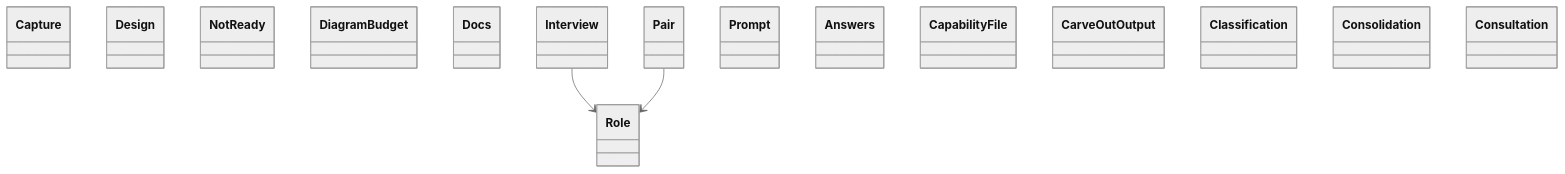
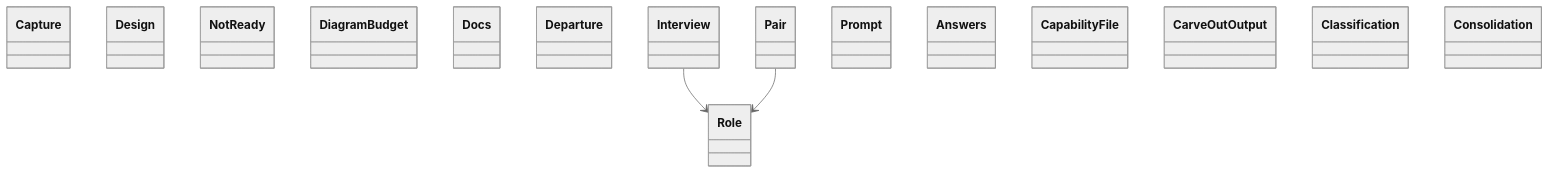
One commit to GonzaloZevallos/agentic-system changed the diagram in docs/architecture/generated/classes-process-domain-roles-1.md. Above: the diagram before and after it, drawn with Mermaid (neutral theme). The commit also changed other lines of this file and 6 other files, not shown here.

First line of the commit message:
Add the drawing departure, its key, question text and the NO_DRAWING_RULE registry with its scan

````diff
--- a/docs/architecture/generated/classes-process-domain-roles-1.md
+++ b/docs/architecture/generated/classes-process-domain-roles-1.md
@@ -28,20 +28,20 @@
 ```mermaid
 classDiagram
     class design__Capture["Capture"]
     class design__Design["Design"]
     class design__NotReady["NotReady"]
     class docs__DiagramBudget["DiagramBudget"]
     class docs__Docs["Docs"]
+    class drawing__Departure["Departure"]
     class roles__Interview["Interview"]
     class roles__Pair["Pair"]
     class roles__Prompt["Prompt"]
     class roles__Role["Role"]
     class schemas__Answers["Answers"]
     class schemas__CapabilityFile["CapabilityFile"]
     class schemas__CarveOutOutput["CarveOutOutput"]
     class schemas__Classification["Classification"]
     class schemas__Consolidation["Consolidation"]
-    class schemas__Consultation["Consultation"]
     roles__Interview --> roles__Role
     roles__Pair --> roles__Role
 ```
````
